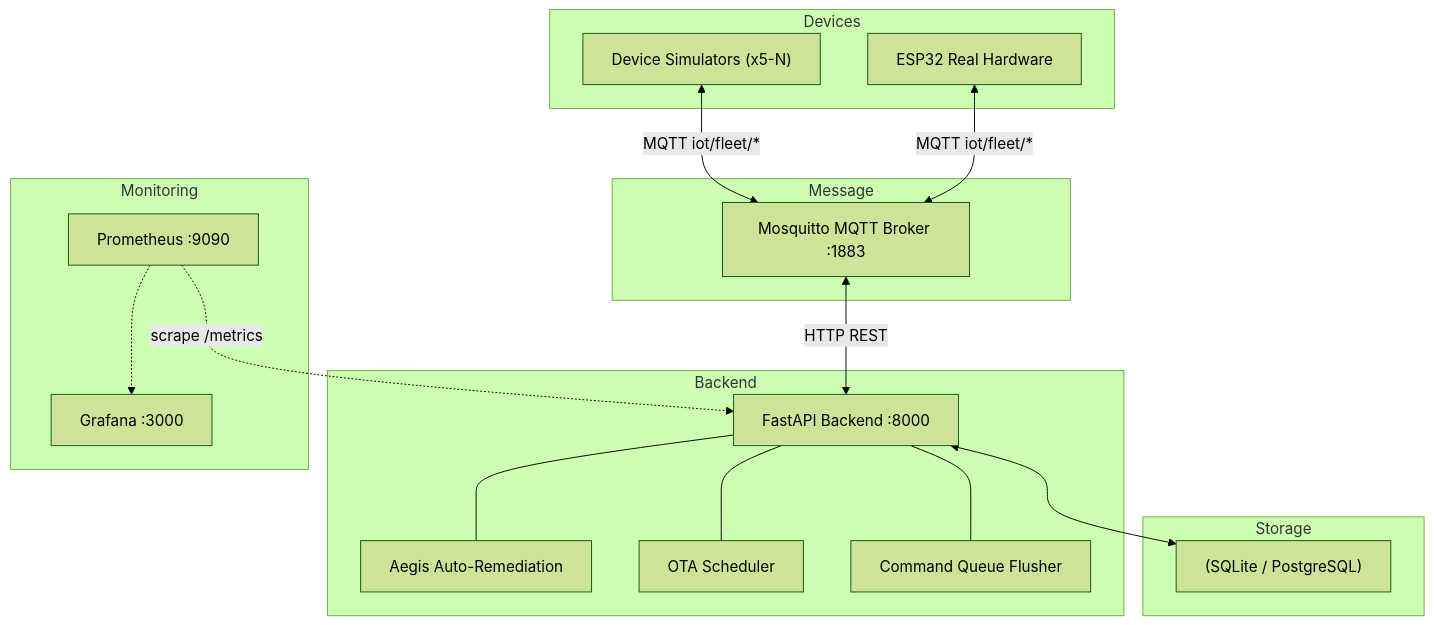
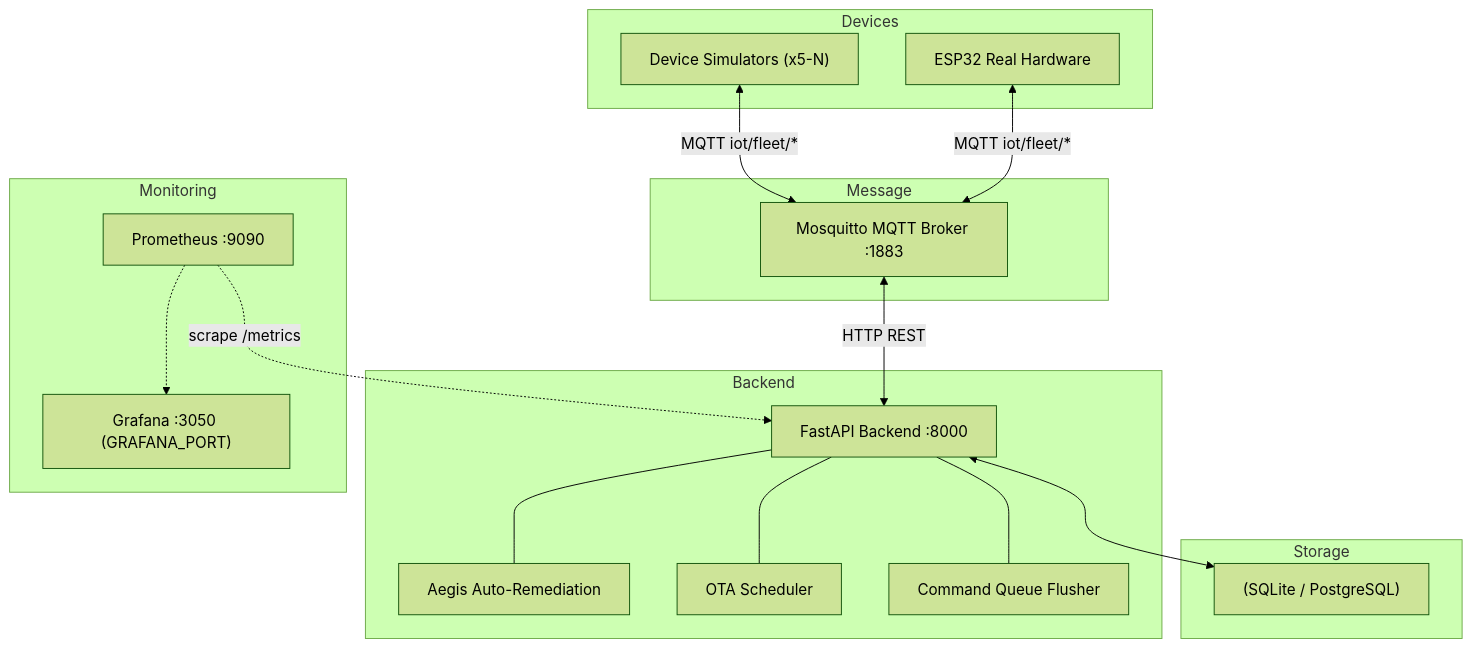
The first of 2 diagrams in README.md (yevano09/fleet-management), drawn with Mermaid (forest theme) before and after one commit. The commit also changed other lines of this file and 4 other files, not shown here.

````diff
--- a/README.md
+++ b/README.md
@@ -7,31 +7,31 @@
 ```mermaid
 graph TB
     subgraph Devices["Devices"]
         SIM["Device Simulators (x5-N)"]
         ESP["ESP32 Real Hardware"]
     end
     subgraph MQTT["Message"]
         MOS["Mosquitto MQTT Broker :1883"]
     end
     subgraph Backend["Backend"]
         API["FastAPI Backend :8000"]
         AEG["Aegis Auto-Remediation"]
         SCHED["OTA Scheduler"]
         FLUSH["Command Queue Flusher"]
     end
     subgraph Storage["Storage"]
         DB["(SQLite / PostgreSQL)"]
     end
     subgraph Monitoring["Monitoring"]
         PRO["Prometheus :9090"]
-        GRA["Grafana :3000"]
+        GRA["Grafana :3050 (GRAFANA_PORT)"]
     end
     SIM & ESP <-->|MQTT iot/fleet/*| MOS
     MOS <-->|HTTP REST| API
     API --- AEG
     API --- SCHED
     API --- FLUSH
     API <--> DB
     PRO -.->|scrape /metrics| API
     PRO -.-> GRA
 ```
````
